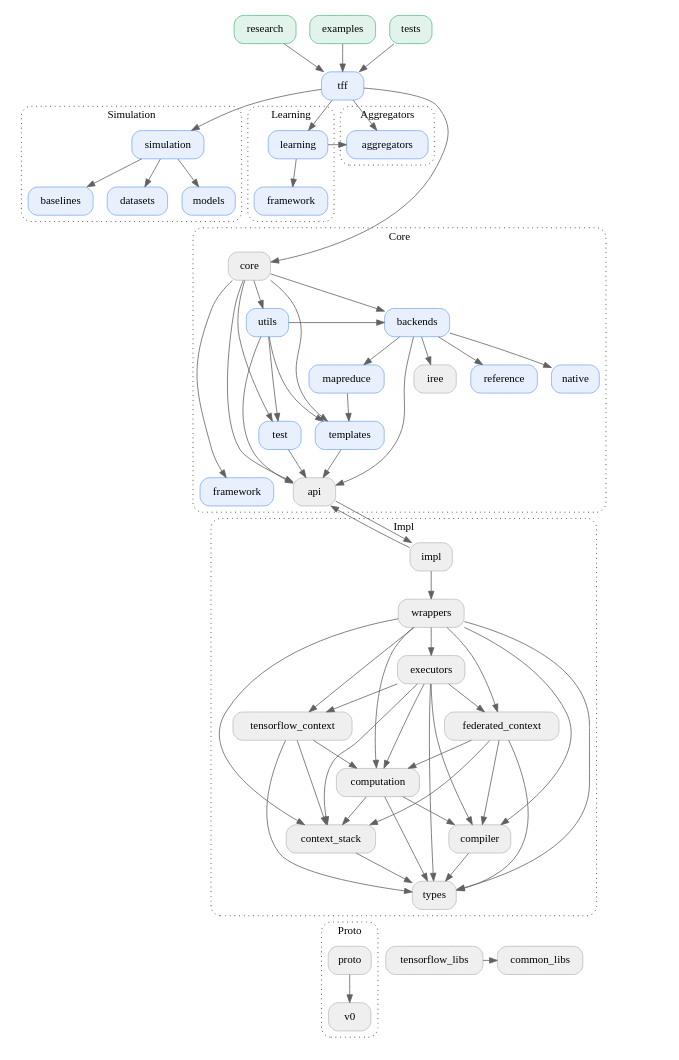
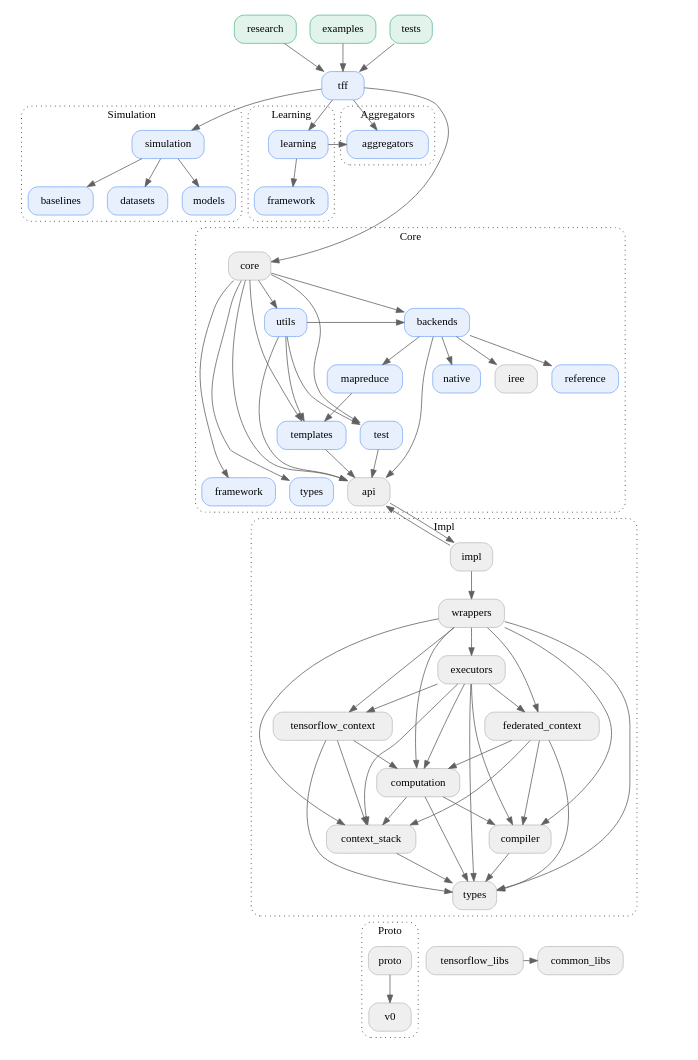
One commit to google-parfait/tensorflow-federated changed the diagram in docs/design/package_structure.dot. Above: the diagram before and after it, drawn with Graphviz. The commit also changed 2 other files, not shown here.

```diff
--- a/docs/design/package_structure.dot
+++ b/docs/design/package_structure.dot
@@ -1,189 +1,192 @@
 digraph {
   graph [style="dotted,rounded", size="9 100"]
   node [shape="box", style="rounded,filled", fillcolor="#efefef", color="#bdbdbd"]
   edge [color="#616161"]
   newrank=true
 
   // Using TFF
   research -> tff
   examples -> tff
   tests -> tff
 
   research [href="#research" target="_parent", fillcolor="#E2F3EB", color="#57BB8A"]
   examples [href="#examples" target="_parent", fillcolor="#E2F3EB", color="#57BB8A"]
   tests [href="#tests" target="_parent", fillcolor="#E2F3EB", color="#57BB8A"]
 
   // TFF
   tff -> simulation
   tff -> learning
   tff -> aggregators
   tff -> core
 
   tff [href="#tff" target="_parent", fillcolor="#E8F0FE", color="#7BAAF7"]
 
   // TFF Simulation
   simulation -> simulation_baselines
   simulation -> simulation_datasets
   simulation -> simulation_models
   simulation_baselines -> core [arrowhead="none", style="invisible"]
   simulation_datasets -> core [arrowhead="none", style="invisible"]
   simulation_models -> core [arrowhead="none", style="invisible"]
 
   subgraph cluster_simulation {
     graph [label="Simulation", href="#tff-simulation" target="_parent"]
     simulation [href="#tff-simulation" target="_parent", fillcolor="#E8F0FE", color="#7BAAF7"]
     simulation_baselines [label="baselines", href="#tff-simulation" target="_parent", fillcolor="#E8F0FE", color="#7BAAF7"]
     simulation_datasets [label="datasets", href="#tff-simulation" target="_parent", fillcolor="#E8F0FE", color="#7BAAF7"]
     simulation_models [label="models", href="#tff-simulation" target="_parent", fillcolor="#E8F0FE", color="#7BAAF7"]
   }
 
   // TFF Learning
   learning -> learning_framework
   learning_framework -> core [arrowhead="none", style="invisible"]
 
   subgraph cluster_learning {
     graph [label="Learning", href="#tff-learning" target="_parent"]
     learning [href="#tff-learning" target="_parent", fillcolor="#E8F0FE", color="#7BAAF7"]
     learning_framework [label="framework", href="#tff-learning" target="_parent", fillcolor="#E8F0FE", color="#7BAAF7"]
   }
 
   // TFF Aggregators
   learning -> aggregators
   aggregators -> core [arrowhead="none", style="invisible"]
 
   subgraph cluster_aggregators {
     graph [label="Aggregators", href="#tff-aggregators" target="_parent"]
     aggregators [href="#tff-learning" target="_parent", fillcolor="#E8F0FE", color="#7BAAF7"]
   }
 
   // TFF Core
   core -> core_utils
   core -> core_backends
   core -> core_templates
   core -> core_test
   core -> core_api
   core -> core_framework
+  core -> core_types
   core_utils -> core_backends
   core_utils -> core_templates
   core_utils -> core_test
   core_utils -> core_api
   core_utils -> impl [arrowhead="none", style="invisible"]
   core_backends -> core_backends_native
   core_backends -> core_backends_mapreduce
   core_backends -> core_backends_iree
   core_backends -> core_backends_reference
   core_backends -> core_api
   core_backends -> impl [arrowhead="none", style="invisible"]
   core_backends_native -> impl [arrowhead="none", style="invisible"]
   core_backends_mapreduce -> core_templates
   core_backends_mapreduce -> impl [arrowhead="none", style="invisible"]
   core_backends_iree -> impl [arrowhead="none", style="invisible"]
   core_backends_reference -> impl [arrowhead="none", style="invisible"]
   core_templates -> core_api
   core_templates -> impl [arrowhead="none", style="invisible"]
   core_test -> core_api
   core_test -> impl [arrowhead="none", style="invisible"]
   core_api -> impl
   core_framework -> impl [arrowhead="none", style="invisible"]
+  core_types -> impl [arrowhead="none", style="invisible"]
 
   subgraph cluster_core {
     graph [label="Core", href="#tff-core" target="_parent"]
     core [href="#tff-core" target="_parent"]
     core_utils [label="utils", href="#tff-core" target="_parent", fillcolor="#E8F0FE", color="#7BAAF7"]
     core_backends [label="backends", href="#tff-core" target="_parent", fillcolor="#E8F0FE", color="#7BAAF7"]
     core_backends_native [label="native", href="#tff-core" target="_parent", fillcolor="#E8F0FE", color="#7BAAF7"]
     core_backends_mapreduce [label="mapreduce", href="#tff-core" target="_parent", fillcolor="#E8F0FE", color="#7BAAF7"]
     core_backends_iree [label="iree", href="#tff-core" target="_parent"]
     core_backends_reference [label="reference", href="#tff-core" target="_parent", fillcolor="#E8F0FE", color="#7BAAF7"]
     core_templates [label="templates", href="#tff-core" target="_parent", fillcolor="#E8F0FE", color="#7BAAF7"]
     core_test [label="test", href="#tff-core" target="_parent", fillcolor="#E8F0FE", color="#7BAAF7"]
     core_api [label="api", href="#tff-core" target="_parent"]
     core_framework [label="framework", href="#tff-core" target="_parent", fillcolor="#E8F0FE", color="#7BAAF7"]
+    core_types [label="types", href="#tff-types" target="_parent", fillcolor="#E8F0FE", color="#7BAAF7"]
   }
 
   // TFF Impl
   impl -> core_api
   impl -> impl_wrappers
   impl_wrappers -> impl_executors
   impl_wrappers -> impl_tensorflow_context
   impl_wrappers -> impl_federated_context
   impl_wrappers -> impl_computation
   impl_wrappers -> impl_compiler
   // impl_wrappers -> impl_utils
   impl_wrappers -> impl_context_stack
   impl_wrappers -> impl_types
   impl_executors -> impl_tensorflow_context
   impl_executors -> impl_federated_context
   impl_executors -> impl_computation
   impl_executors -> impl_compiler
   // impl_executors -> impl_utils
   impl_executors -> impl_context_stack
   impl_executors -> impl_types
   impl_tensorflow_context -> impl_computation
   // impl_tensorflow_context -> impl_utils
   impl_tensorflow_context -> impl_context_stack
   impl_tensorflow_context -> impl_types
   impl_federated_context -> impl_computation
   impl_federated_context -> impl_compiler
   // impl_federated_context -> impl_utils
   impl_federated_context -> impl_context_stack
   impl_federated_context -> impl_types
   impl_computation -> impl_compiler
   // impl_computation -> impl_utils
   impl_computation -> impl_context_stack
   impl_computation -> impl_types
   impl_compiler -> impl_types
   // impl_compiler -> impl_utils
   // impl_utils -> tensorflow_libs
   // impl_utils -> impl_context_stack
   // impl_utils -> impl_types
   impl_context_stack -> impl_types
   impl_types -> proto [arrowhead="none", style="invisible"]
   impl_types -> tensorflow_libs [arrowhead="none", style="invisible"]
   impl_types -> common_libs [arrowhead="none", style="invisible"]
 
   subgraph cluster_impl {
     graph [label="Impl", href="#tff-impl" target="_parent"]
     impl [href="#tff-impl" target="_parent"]
     impl_wrappers [label="wrappers", href="#tff-impl" target="_parent"]
     impl_executors [label="executors", href="#tff-impl" target="_parent"]
     impl_tensorflow_context [label="tensorflow_context", href="#tff-impl" target="_parent"]
     impl_federated_context [label="federated_context", href="#tff-impl" target="_parent"]
     impl_computation [label="computation", href="#tff-impl" target="_parent"]
     impl_compiler [label="compiler", href="#tff-impl" target="_parent"]
     impl_context_stack [label="context_stack", href="#tff-impl" target="_parent"]
     // impl_utils [label="utils", href="#tff-impl" target="_parent"]
     impl_types [label="types", href="#tff-impl" target="_parent"]
   }
 
   // TFF Proto
   proto -> proto_v0
 
   subgraph cluster_proto {
     graph [label="Proto", href="#tff-proto" target="_parent"]
     proto [href="#tff-proto" target="_parent"]
     proto_v0 [label="v0" href="#tff-proto" target="_parent"]
   }
 
   // Other
   tensorflow_libs [href="#tff-tensorflow-libs" target="_parent"]
   common_libs [href="#tff-common-libs" target="_parent"]
   tensorflow_libs -> common_libs
 
   // Layout
   {rank=same; examples, tests, research}
   {rank=same; tff}
   {rank=same; simulation, learning, aggregators}
   {rank=same; learning_framework, simulation_baselines, simulation_datasets, simulation_models}
   {rank=same; core}
   {rank=same; core_utils, core_backends}
   {rank=same; core_backends_native, core_backends_mapreduce, core_backends_iree, core_backends_reference}
   {rank=same; core_templates}
   {rank=same; core_test}
-  {rank=same; core_api, core_framework}
+  {rank=same; core_api, core_framework, core_types}
   // {rank=same; impl}
   // {rank=same; impl_wrappers}
   // {rank=same; impl_tensorflow_context, impl_federated_context, impl_executors}
   // {rank=same; impl_compiler}
   {rank=same; proto, tensorflow_libs, common_libs}
 }
```
